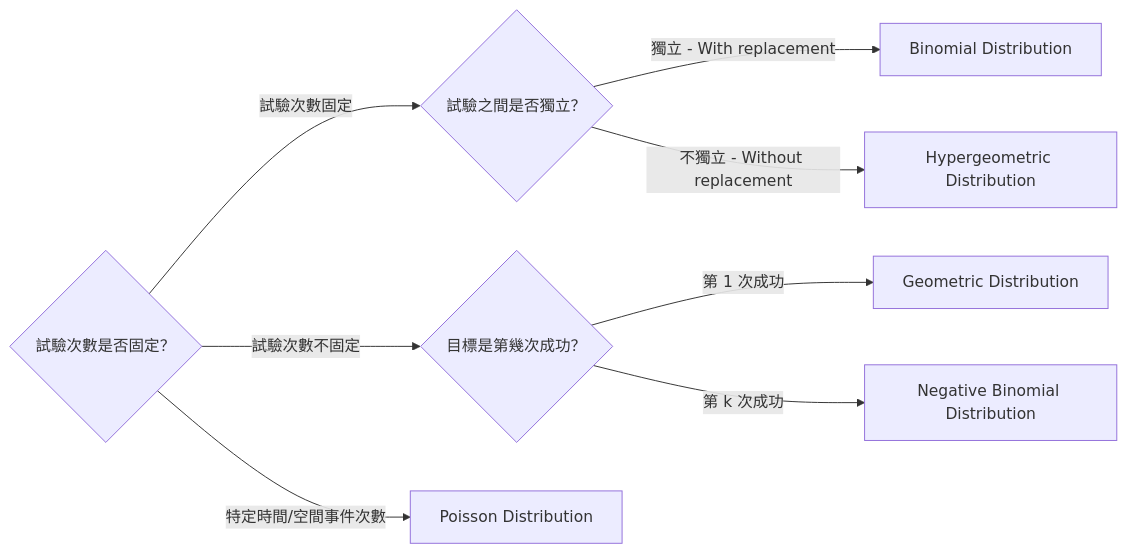
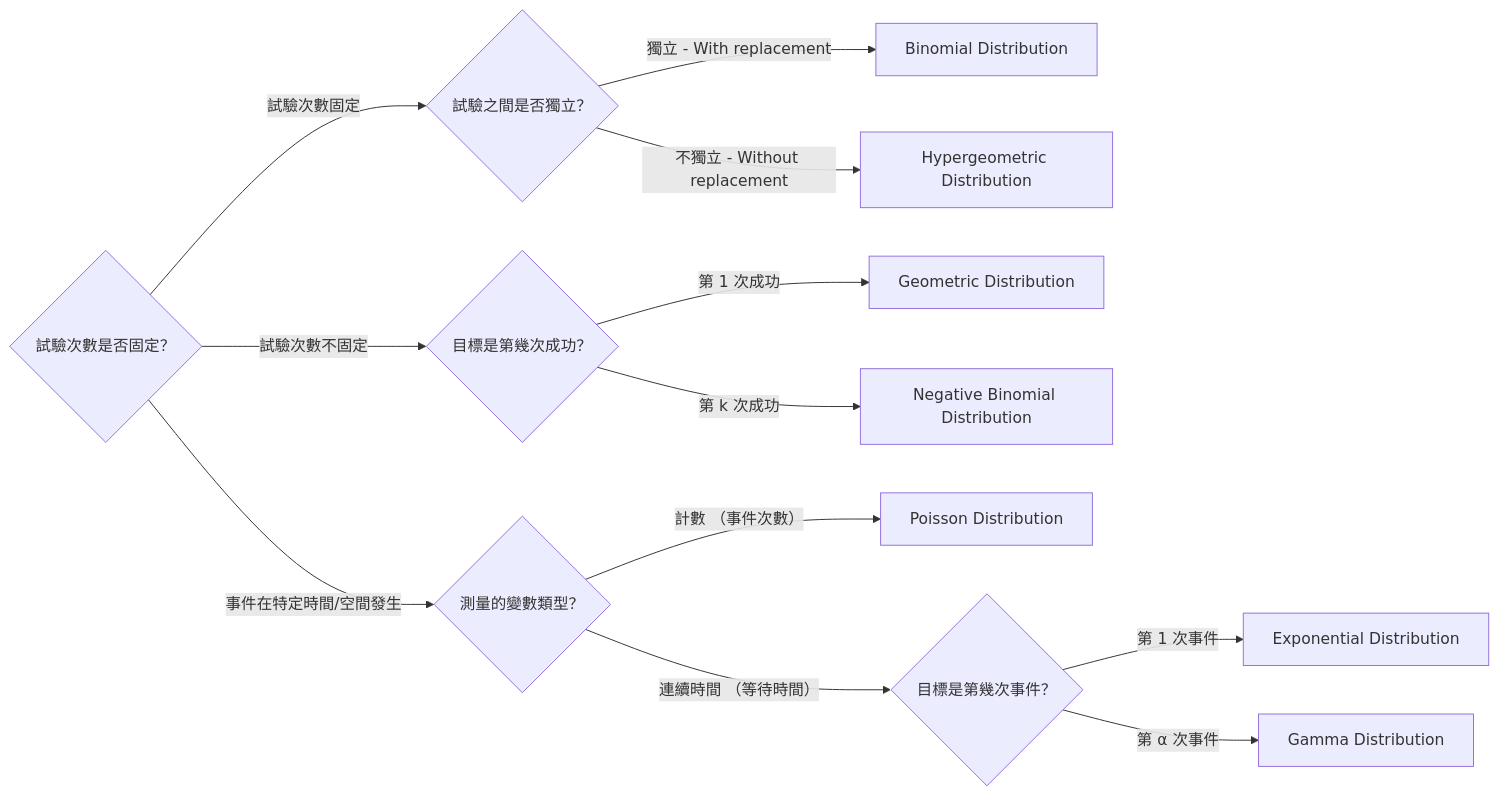
The diagram in source/_posts/Mid-TermRevision.md (zalexk/zalexk.github.io), drawn with Mermaid before and after one commit. The commit also changed other lines of this file, not shown here.

````diff
--- a/source/_posts/Mid-TermRevision.md
+++ b/source/_posts/Mid-TermRevision.md
@@ -102,17 +216,21 @@
 ```mermaid
 graph LR
     B{試驗次數是否固定？}
 
     %% Path 1: Fixed Trials (Binomial & Hypergeometric)
     B --> |試驗次數固定| C{試驗之間是否獨立？}
     C --> |獨立 - With replacement| D[Binomial Distribution]
-    C --> |不獨立 - Without replacement| E[Hypergeometric Distribution]
+    C --> |不獨立 - Without replacement| E[Hypergeometric Distribution ]
 
     %% Path 2: Trials until Success (Geometric & Negative Binomial)
     B --> |試驗次數不固定| F{目標是第幾次成功？}
     F --> |第 1 次成功| G[Geometric Distribution]
     F --> |第 k 次成功| H[Negative Binomial Distribution]
 
-    %% Path 3: Events over Time/Space (Poisson)
-    B --> |特定時間/空間事件次數| I[Poisson Distribution]
+    %% Path 3: Events over Time/Space (Poisson Process Related)
+    B --> |事件在特定時間/空間發生| J{測量的變數類型？}
+    J --> |計數 （事件次數）| I[Poisson Distribution]
+    J --> |連續時間 （等待時間）| K{目標是第幾次事件？}
+    K --> |第 1 次事件| L[Exponential Distribution]
+    K --> |第 α 次事件| M[Gamma Distribution]
 ```
````
